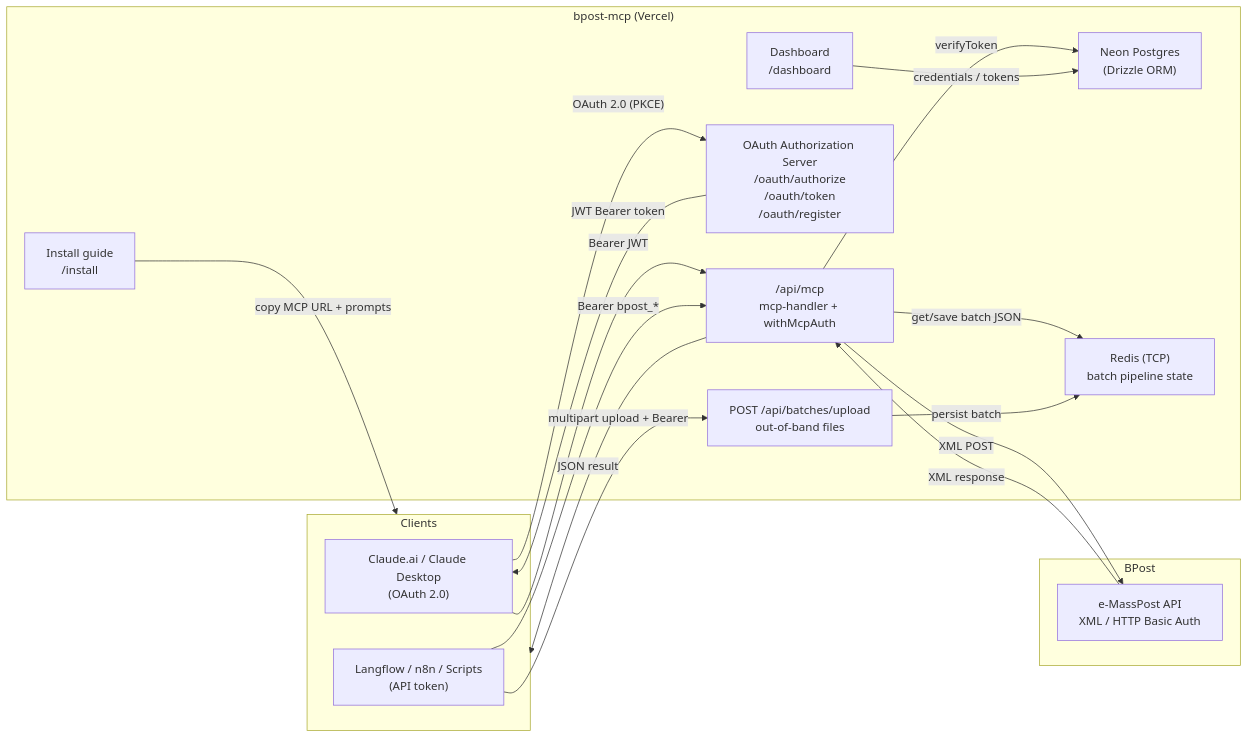
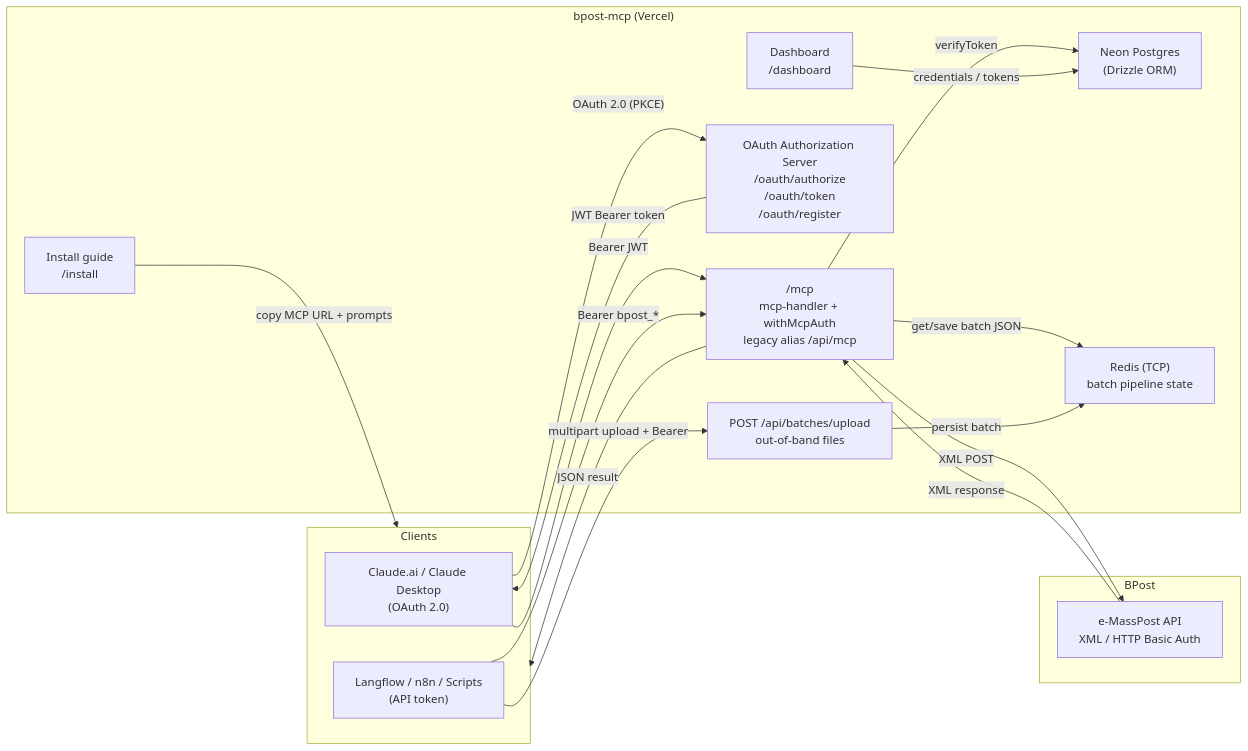
Before and after one commit to markminnoye/bpost-mcp: the first of 5 diagrams in docs/internal/architecture.md, drawn with Mermaid. The commit also changed other lines of this file and 27 other files, not shown here.

````diff
--- a/docs/internal/architecture.md
+++ b/docs/internal/architecture.md
@@ -17,35 +17,35 @@
 ```mermaid
 flowchart LR
     subgraph Clients["Clients"]
         A1["Claude.ai / Claude Desktop<br/>(OAuth 2.0)"]
         A2["Langflow / n8n / Scripts<br/>(API token)"]
     end
 
     subgraph Service["bpost-mcp (Vercel)"]
-        MCP["/api/mcp<br/>mcp-handler + withMcpAuth"]
+        MCP["/mcp<br/>mcp-handler + withMcpAuth<br/>legacy alias /api/mcp"]
         AS["OAuth Authorization Server<br/>/oauth/authorize<br/>/oauth/token<br/>/oauth/register"]
         DB["Neon Postgres<br/>(Drizzle ORM)"]
         R["Redis (TCP)<br/>batch pipeline state"]
         DASH["Dashboard<br/>/dashboard"]
         INST["Install guide<br/>/install"]
         UP["POST /api/batches/upload<br/>out-of-band files"]
     end
 
     subgraph BPost["BPost"]
         API["e-MassPost API<br/>XML / HTTP Basic Auth"]
     end
 
     A1 -- "OAuth 2.0 (PKCE)" --> AS
     AS -- "JWT Bearer token" --> A1
     A1 -- "Bearer JWT" --> MCP
     A2 -- "Bearer bpost_*" --> MCP
     MCP -- "verifyToken" --> DB
     MCP -- "get/save batch JSON" --> R
     MCP -- "XML POST" --> API
     API -- "XML response" --> MCP
     MCP -- "JSON result" --> Clients
     A2 -- "multipart upload + Bearer" --> UP
     UP -- "persist batch" --> R
     DASH -- "credentials / tokens" --> DB
     INST -- "copy MCP URL + prompts" --> Clients
 ```
````
